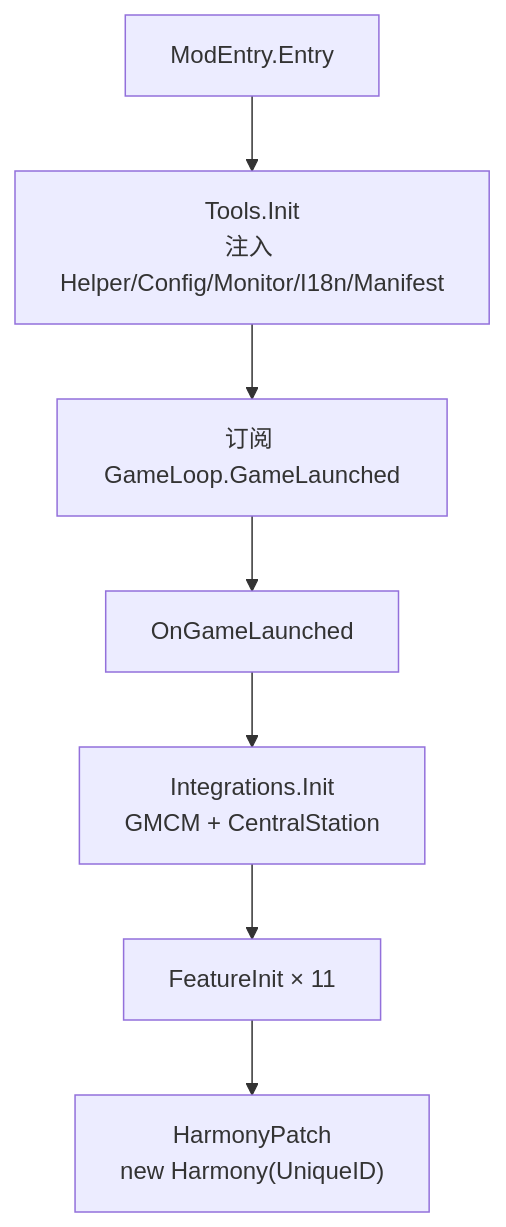
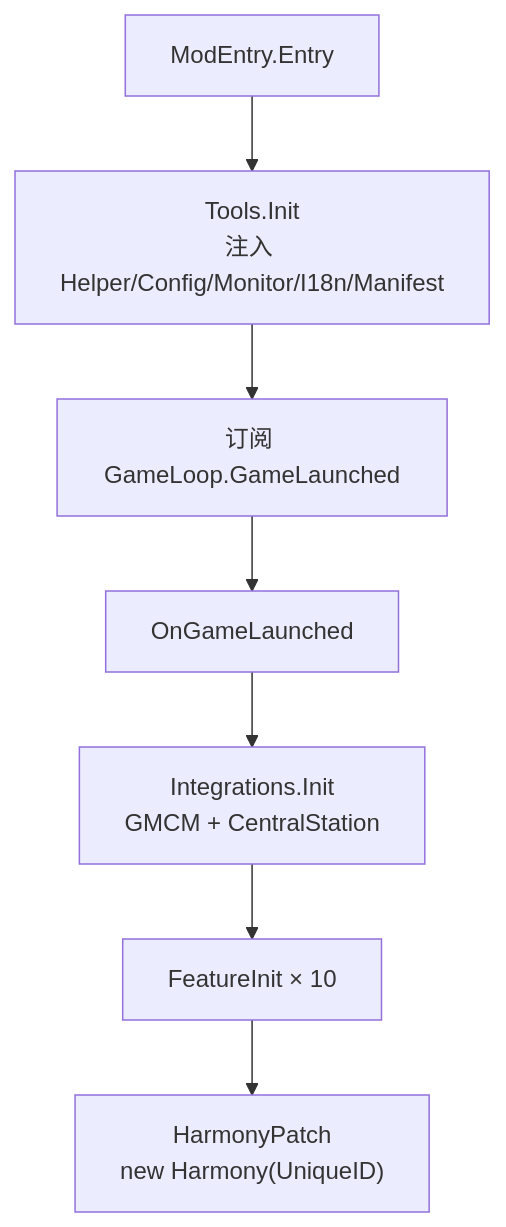
One commit to WhaleK233/Red-Panda-Bazaar changed the diagram in Red Panda Bazaar Code/AGENTS.md. Above: the diagram before and after it, drawn with Mermaid. The commit also changed other lines of this file and 9 other files, not shown here.

````diff
--- a/Red Panda Bazaar Code/AGENTS.md
+++ b/Red Panda Bazaar Code/AGENTS.md
@@ -28,9 +28,9 @@
 ```mermaid
 flowchart TD
   E["ModEntry.Entry"] --> T["Tools.Init<br/>注入 Helper/Config/Monitor/I18n/Manifest"]
   T --> GL["订阅 GameLoop.GameLaunched"]
   GL --> OGL["OnGameLaunched"]
   OGL --> I["Integrations.Init<br/>GMCM + CentralStation"]
-  I --> F["FeatureInit × 11"]
+  I --> F["FeatureInit × 10"]
   F --> H["HarmonyPatch<br/>new Harmony(UniqueID)"]
 ```
````
